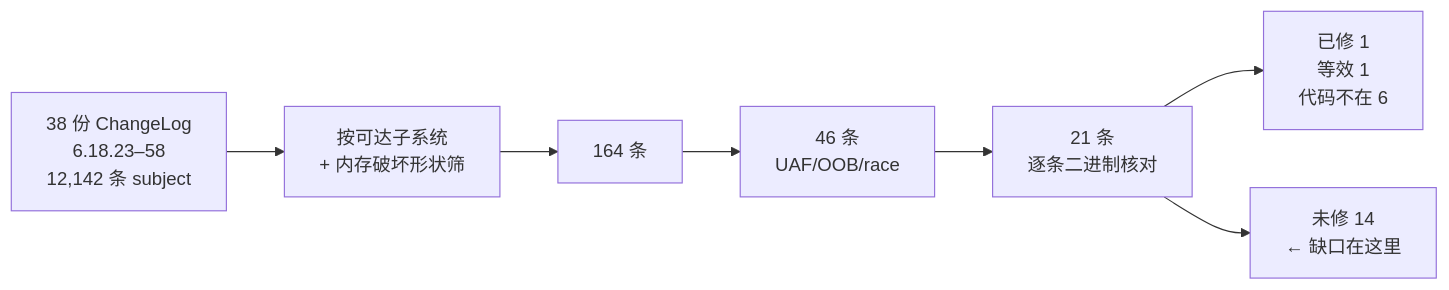
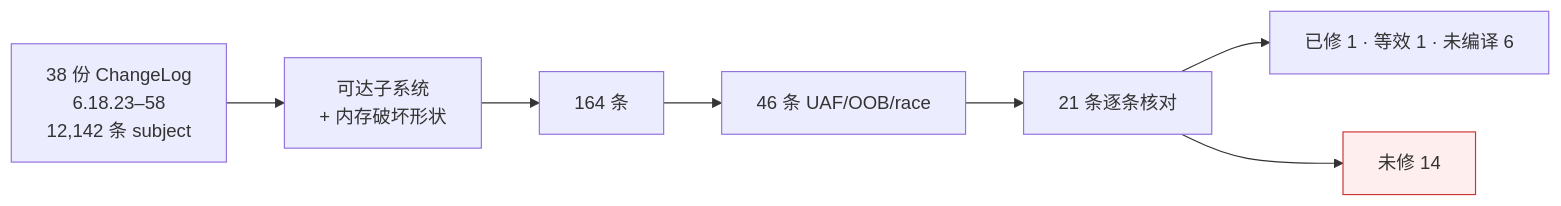
Before and after one commit to Ronnie15143/lhasa-research: the second of 2 diagrams in docs/SUMMARY.md, drawn with Mermaid. The commit also changed other lines of this file and 6 other files, not shown here.

````diff
--- a/docs/SUMMARY.md
+++ b/docs/SUMMARY.md
@@ -44,9 +43,10 @@
 ```mermaid
 flowchart LR
-    A["38 份 ChangeLog<br/>6.18.23–58<br/>12,142 条 subject"] --> B["按可达子系统<br/>+ 内存破坏形状筛"]
+    A["38 份 ChangeLog<br/>6.18.23–58<br/>12,142 条 subject"] --> B["可达子系统<br/>+ 内存破坏形状"]
     B --> C["164 条"]
-    C --> D["46 条<br/>UAF/OOB/race"]
-    D --> E["21 条<br/>逐条二进制核对"]
-    E --> F["已修 1<br/>等效 1<br/>代码不在 6"]
-    E --> G["未修 14<br/>← 缺口在这里"]
+    C --> D["46 条 UAF/OOB/race"]
+    D --> E["21 条逐条核对"]
+    E --> F["已修 1 · 等效 1 · 未编译 6"]
+    E --> G["未修 14"]
+    style G fill:#fee,stroke:#c33
 ```
````
